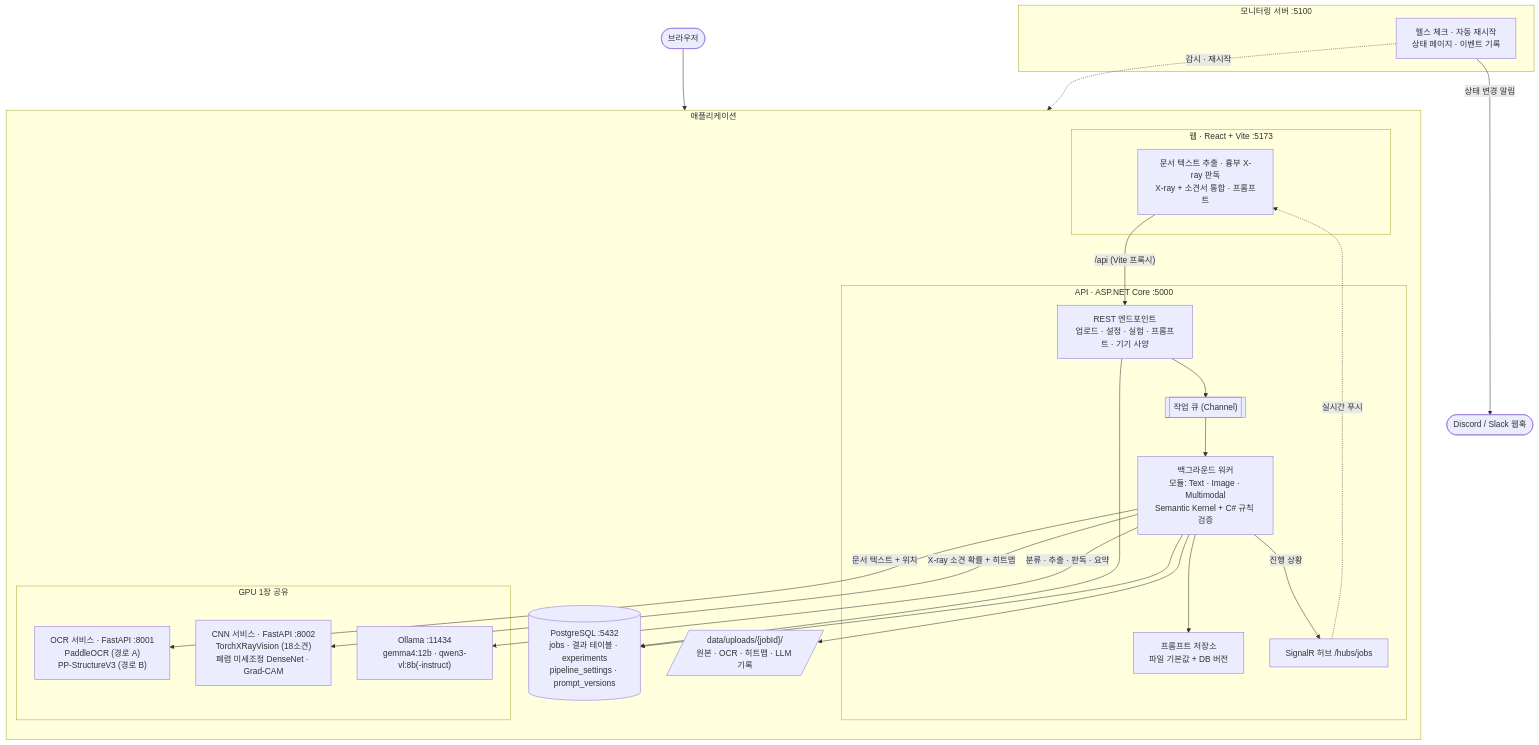
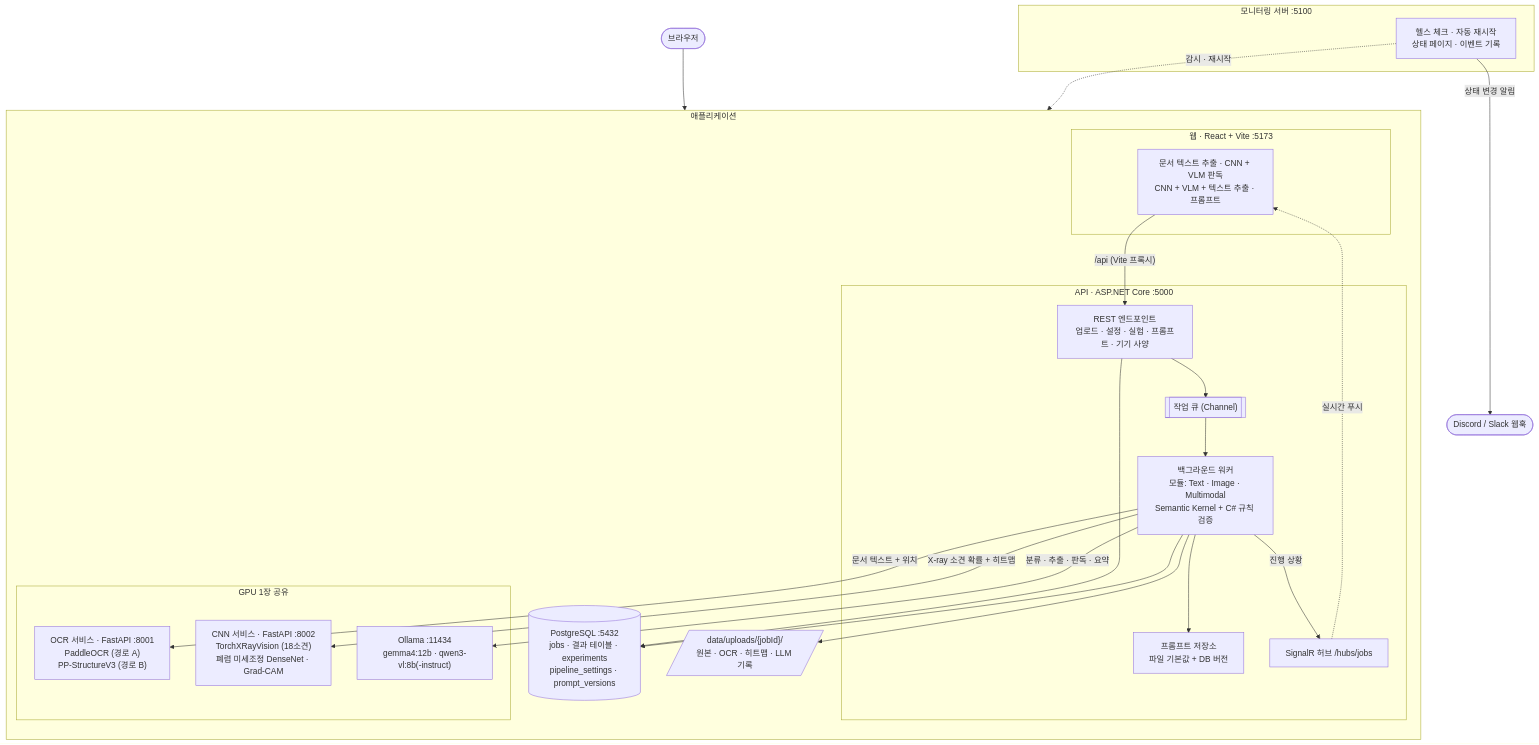
Before and after one commit to calm-sea-psy/llm-playground-classifier: the first of 3 diagrams in docs/architecture.md, drawn with Mermaid. The commit also changed other lines of this file and 34 other files, not shown here.

First line of the commit message:
legacy 추출 삭제, 상업송장 · 보험 청구서 팩, 메뉴 이름 CNN + VLM 판독 / CNN + VLM + 텍스트 추출

````diff
--- a/docs/architecture.md
+++ b/docs/architecture.md
@@ -7,48 +7,48 @@
 ```mermaid
 flowchart TB
     User(["브라우저"])
 
     subgraph Stack["애플리케이션"]
         direction TB
         subgraph Web["웹 · React + Vite :5173"]
-            Pages["문서 텍스트 추출 · 흉부 X-ray 판독<br/>X-ray + 소견서 통합 · 프롬프트"]
+            Pages["문서 텍스트 추출 · CNN + VLM 판독<br/>CNN + VLM + 텍스트 추출 · 프롬프트"]
         end
 
         subgraph Api["API · ASP.NET Core :5000"]
             Endpoints["REST 엔드포인트<br/>업로드 · 설정 · 실험 · 프롬프트 · 기기 사양"]
             Queue[["작업 큐 (Channel)"]]
             Worker["백그라운드 워커<br/>모듈: Text · Image · Multimodal<br/>Semantic Kernel + C# 규칙 검증"]
             Prompts["프롬프트 저장소<br/>파일 기본값 + DB 버전"]
             Hub["SignalR 허브 /hubs/jobs"]
         end
 
         subgraph Gpu["GPU 1장 공유"]
             Ocr["OCR 서비스 · FastAPI :8001<br/>PaddleOCR (경로 A)<br/>PP-StructureV3 (경로 B)"]
             Cnn["CNN 서비스 · FastAPI :8002<br/>TorchXRayVision (18소견)<br/>폐렴 미세조정 DenseNet · Grad-CAM"]
             Ollama["Ollama :11434<br/>gemma4:12b · qwen3-vl:8b(-instruct)"]
         end
 
         Db[("PostgreSQL :5432<br/>jobs · 결과 테이블 · experiments<br/>pipeline_settings · prompt_versions")]
         Files[/"data/uploads/{jobId}/<br/>원본 · OCR · 히트맵 · LLM 기록"/]
     end
 
     subgraph Monitor["모니터링 서버 :5100"]
         Checker["헬스 체크 · 자동 재시작<br/>상태 페이지 · 이벤트 기록"]
     end
     Webhook(["Discord / Slack 웹훅"])
 
     User --> Pages
     Pages -- "/api (Vite 프록시)" --> Endpoints
     Endpoints --> Queue --> Worker
     Worker --> Prompts
     Worker -- "진행 상황" --> Hub
     Hub -. "실시간 푸시" .-> Pages
     Worker -- "문서 텍스트 + 위치" --> Ocr
     Worker -- "X-ray 소견 확률 + 히트맵" --> Cnn
     Worker -- "분류 · 추출 · 판독 · 요약" --> Ollama
     Endpoints --> Db
     Worker --> Db
     Worker --> Files
     Checker -. "감시 · 재시작" .-> Stack
     Checker -- "상태 변경 알림" --> Webhook
 ```
````
